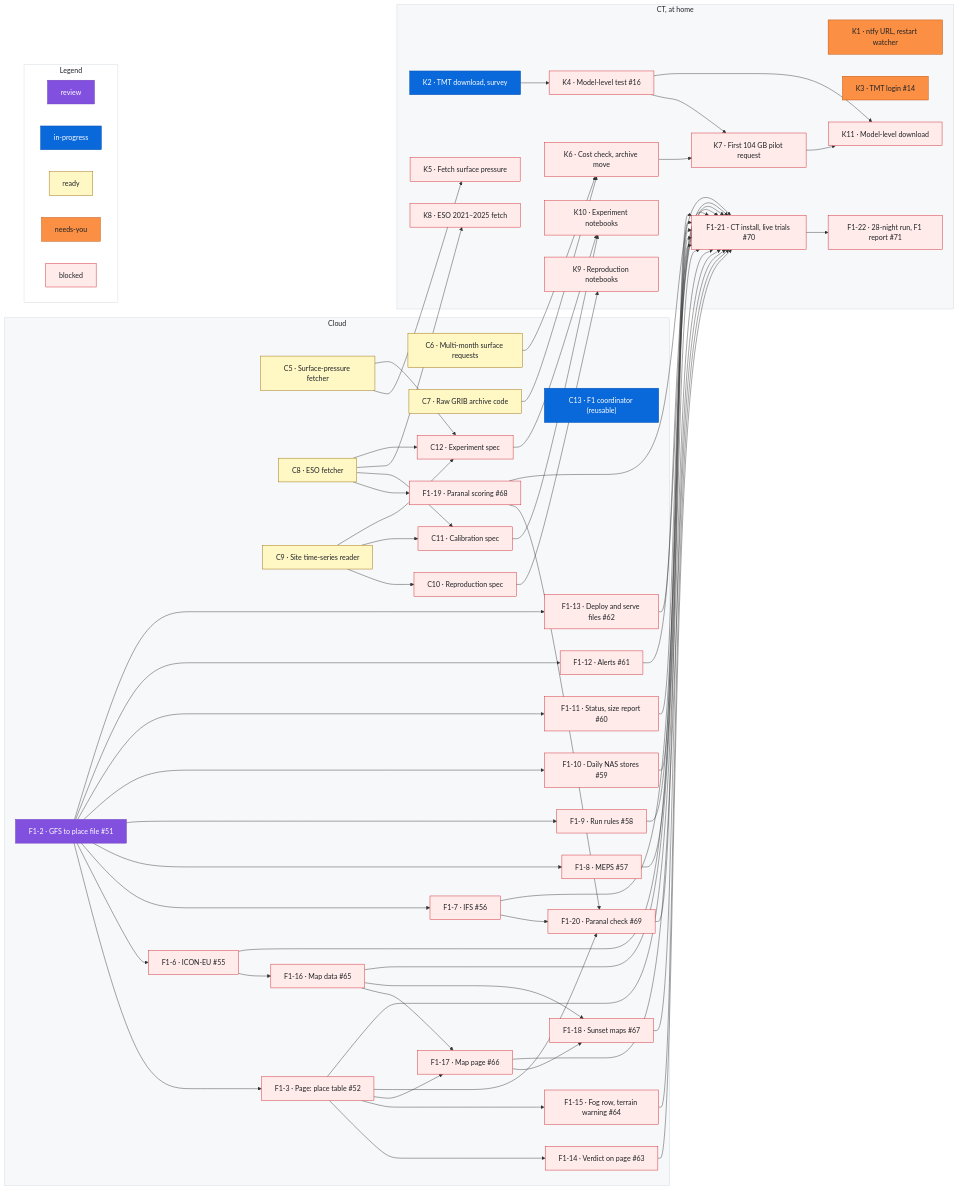
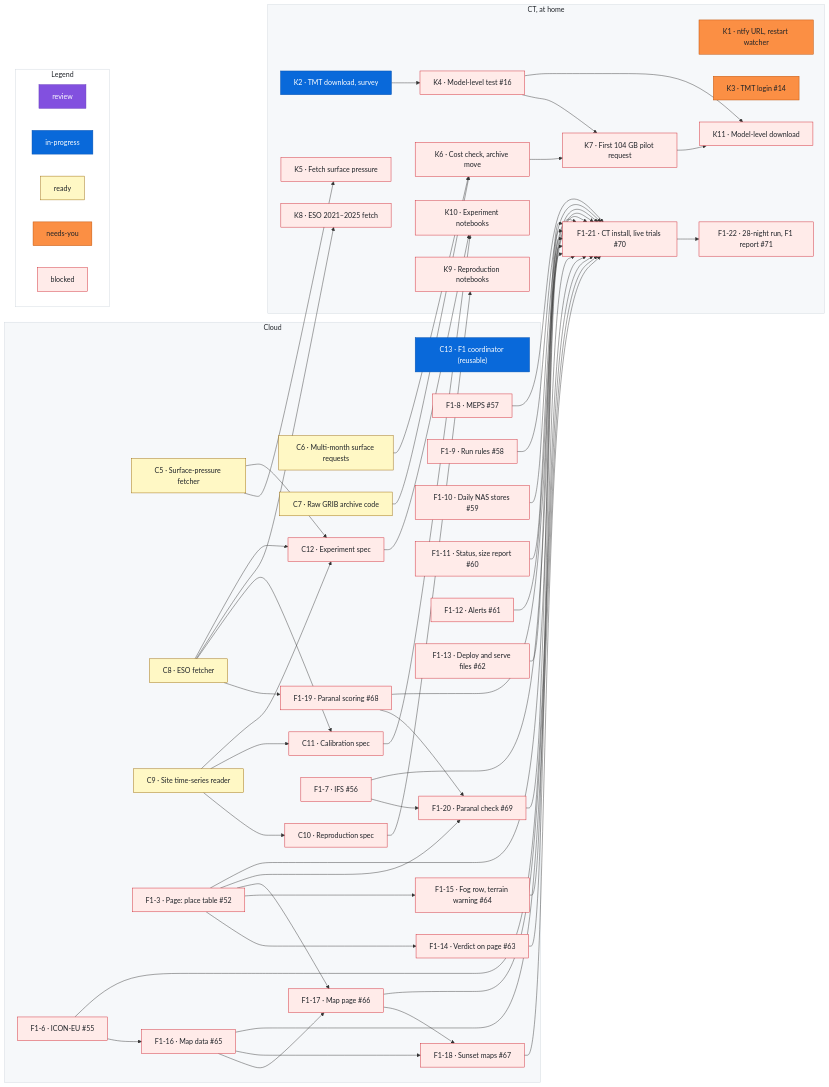
The diagram in docs/roadmap.md (rrweller/Astro-seeing), drawn with Mermaid before and after one commit. The commit also changed other lines of this file, not shown here.

Commit message:
roadmap: remove F1-2 (#78 merged)

```diff
--- a/docs/roadmap.md
+++ b/docs/roadmap.md
@@ -112,7 +110,6 @@
     C11["C11 · Calibration spec"]
     C12["C12 · Experiment spec"]
     C13["C13 · F1 coordinator (reusable)"]
-    F1_2["F1-2 · GFS to place file #51"]
     F1_3["F1-3 · Page: place table #52"]
     F1_6["F1-6 · ICON-EU #55"]
     F1_7["F1-7 · IFS #56"]
@@ -145,15 +142,6 @@
     F1_21["F1-21 · CT install, live trials #70"]
     F1_22["F1-22 · 28-night run, F1 report #71"]
   end
-  F1_2 --> F1_3
-  F1_2 --> F1_6
-  F1_2 --> F1_7
-  F1_2 --> F1_8
-  F1_2 --> F1_9
-  F1_2 --> F1_10
-  F1_2 --> F1_11
-  F1_2 --> F1_12
-  F1_2 --> F1_13
   F1_3 --> F1_14
   F1_3 --> F1_15
   F1_6 --> F1_16
@@ -233,8 +221,6 @@
   %% ---
   class C13 inprogress
   %% ---
-  class F1_2 review
-  %% ---
   class F1_3 blocked
   %% ---
   class F1_6 blocked
```
